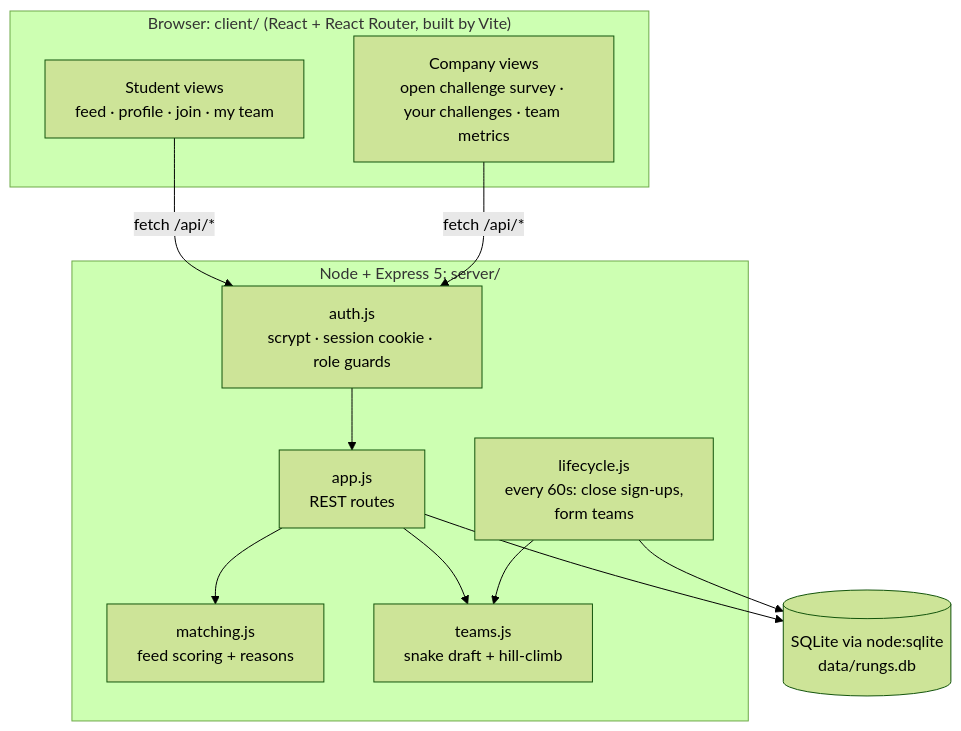
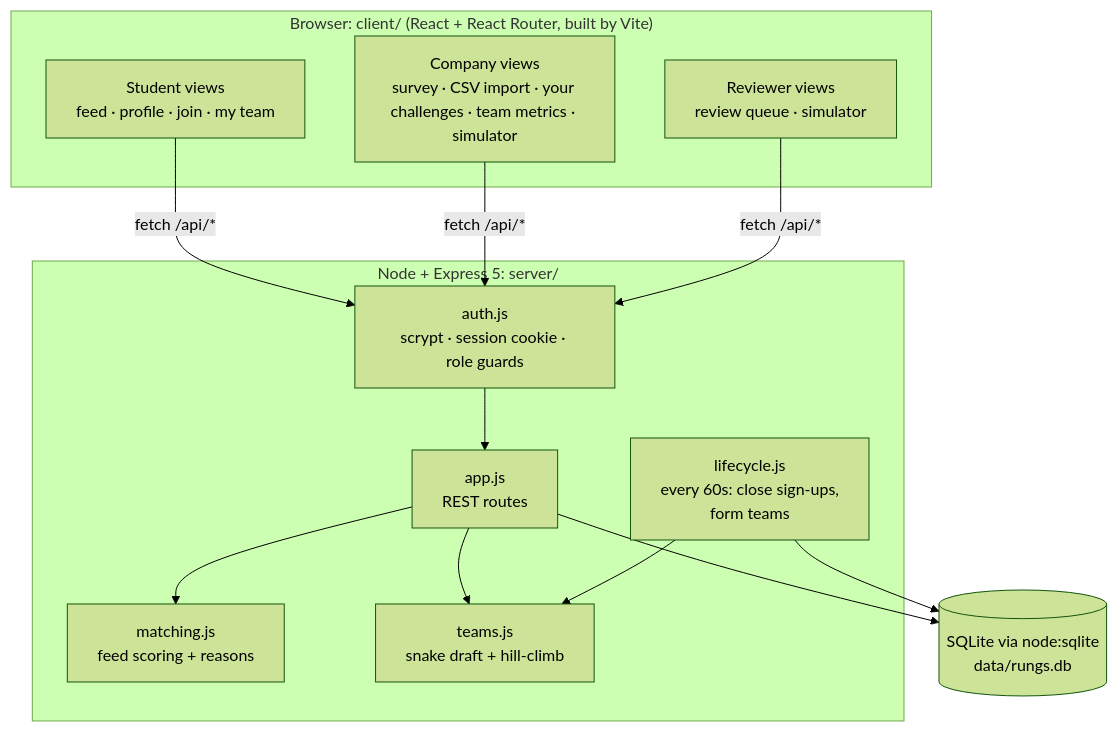
The first of 3 diagrams in docs/architecture.md (alinaliu2025/rungs), drawn with Mermaid (forest theme) before and after one commit. The commit also changed other lines of this file and 21 other files, not shown here.

First line of the commit message:
Add team simulator, CSV import and review queue

````diff
--- a/docs/architecture.md
+++ b/docs/architecture.md
@@ -5,24 +5,25 @@
 ```mermaid
 flowchart TB
   subgraph Browser["Browser: client/ (React + React Router, built by Vite)"]
     UIS[Student views<br/>feed · profile · join · my team]
-    UIC[Company views<br/>open challenge survey · your challenges · team metrics]
+    UIC[Company views<br/>survey · CSV import · your challenges · team metrics · simulator]
+    UIR[Reviewer views<br/>review queue · simulator]
   end
 
   subgraph Server["Node + Express 5: server/"]
     AUTH[auth.js<br/>scrypt · session cookie · role guards]
     API[app.js<br/>REST routes]
     MATCH[matching.js<br/>feed scoring + reasons]
     TEAMS[teams.js<br/>snake draft + hill-climb]
     LIFE[lifecycle.js<br/>every 60s: close sign-ups,<br/>form teams]
   end
 
   DB[(SQLite via node:sqlite<br/>data/rungs.db)]
 
-  UIS & UIC -->|fetch /api/*| AUTH --> API
+  UIS & UIC & UIR -->|fetch /api/*| AUTH --> API
   API --> MATCH
   API --> TEAMS
   API --> DB
   LIFE --> TEAMS
   LIFE --> DB
 ```
````
